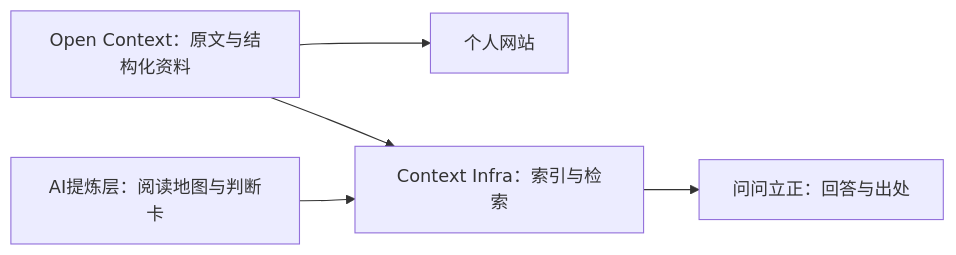
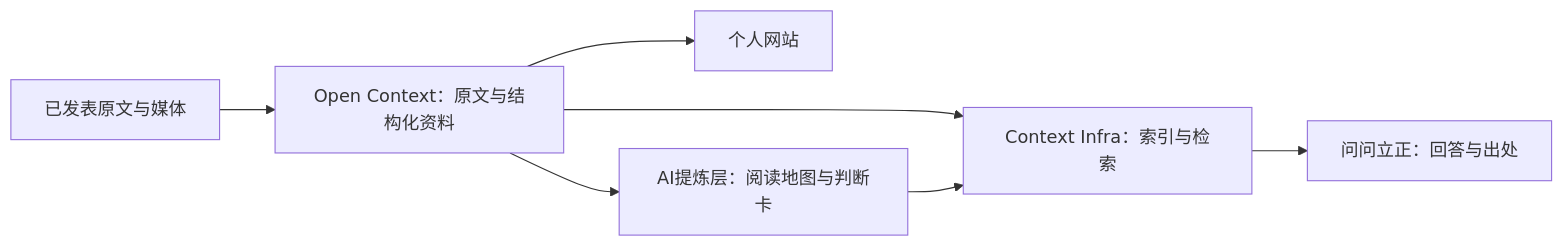
The diagram in data/context/docs/conversation-architecture.md (sunyuzheng/ask-lizheng), drawn with Mermaid before and after one commit. The commit also changed other lines of this file and 10 other files, not shown here.

````diff
--- a/data/context/docs/conversation-architecture.md
+++ b/data/context/docs/conversation-architecture.md
@@ -13,7 +13,9 @@
 ```mermaid
 flowchart LR
+  P[已发表原文与媒体] --> O
   O[Open Context：原文与结构化资料] --> W[个人网站]
   O --> I[Context Infra：索引与检索]
-  D[AI提炼层：阅读地图与判断卡] --> I
+  O --> D[AI提炼层：阅读地图与判断卡]
+  D --> I
   I --> Q[问问立正：回答与出处]
 ```
````
